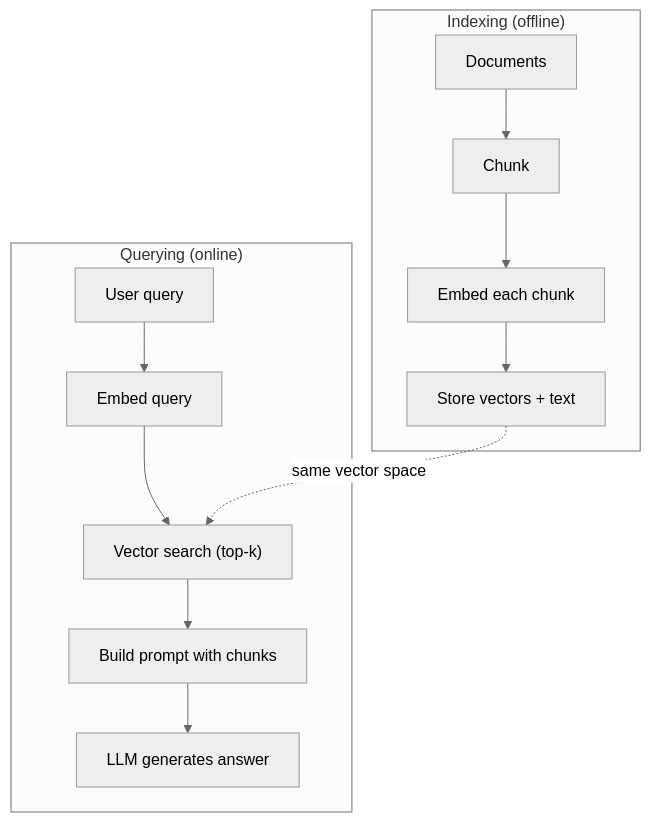
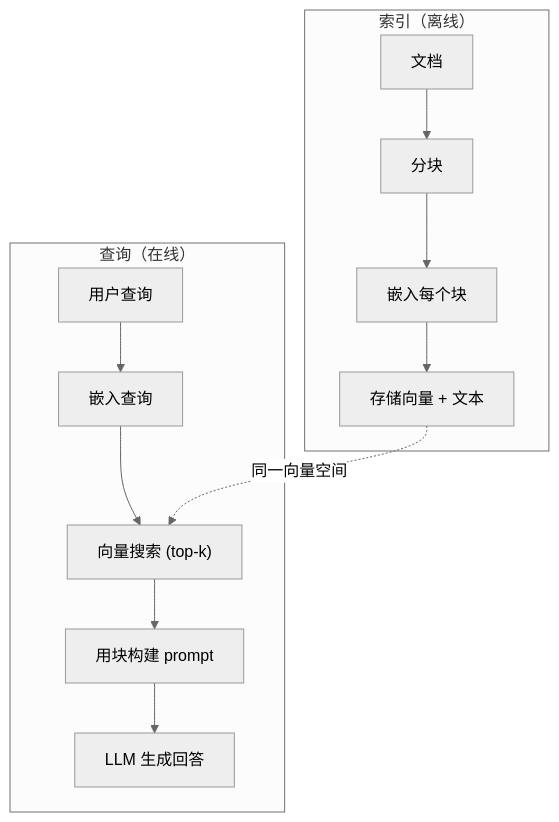
The second of 2 diagrams in phases/11-llm-engineering/06-rag/docs/zh.md (alessandrodinisio-ai/ai-engineering-learning-framework), drawn with Mermaid (neutral theme) before and after one commit. The commit also changed other lines of this file and 120 other files, not shown here.

First line of the commit message:
i18n(mermaid): 337 个 mermaid 图表标签中文化

````diff
--- a/phases/11-llm-engineering/06-rag/docs/zh.md
+++ b/phases/11-llm-engineering/06-rag/docs/zh.md
@@ -150,17 +150,17 @@
 ```mermaid
 graph TD
-    subgraph "Indexing (offline)"
-        D["Documents"] --> C["Chunk"]
-        C --> E["Embed each chunk"]
-        E --> S["Store vectors + text"]
+    subgraph "索引（离线）"
+        D["文档"] --> C["分块"]
+        C --> E["嵌入每个块"]
+        E --> S["存储向量 + 文本"]
     end
 
-    subgraph "Querying (online)"
-        Q["User query"] --> QE["Embed query"]
-        QE --> VS["Vector search (top-k)"]
-        VS --> P["Build prompt with chunks"]
-        P --> LLM["LLM generates answer"]
+    subgraph "查询（在线）"
+        Q["用户查询"] --> QE["嵌入查询"]
+        QE --> VS["向量搜索 (top-k)"]
+        VS --> P["用块构建 prompt"]
+        P --> LLM["LLM 生成回答"]
     end
 
-    S -.->|"same vector space"| VS
+    S -.->|"同一向量空间"| VS
 ```
````
